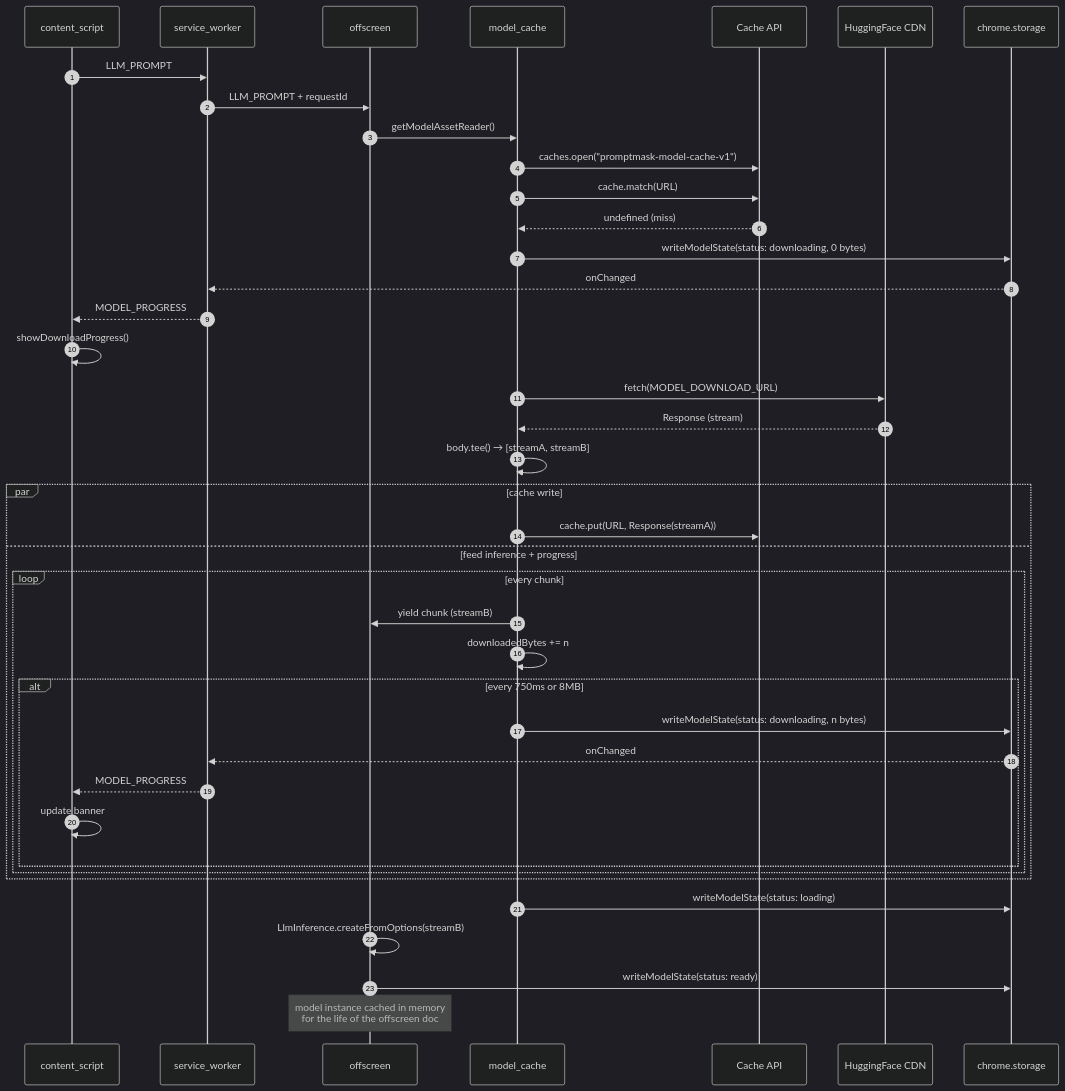
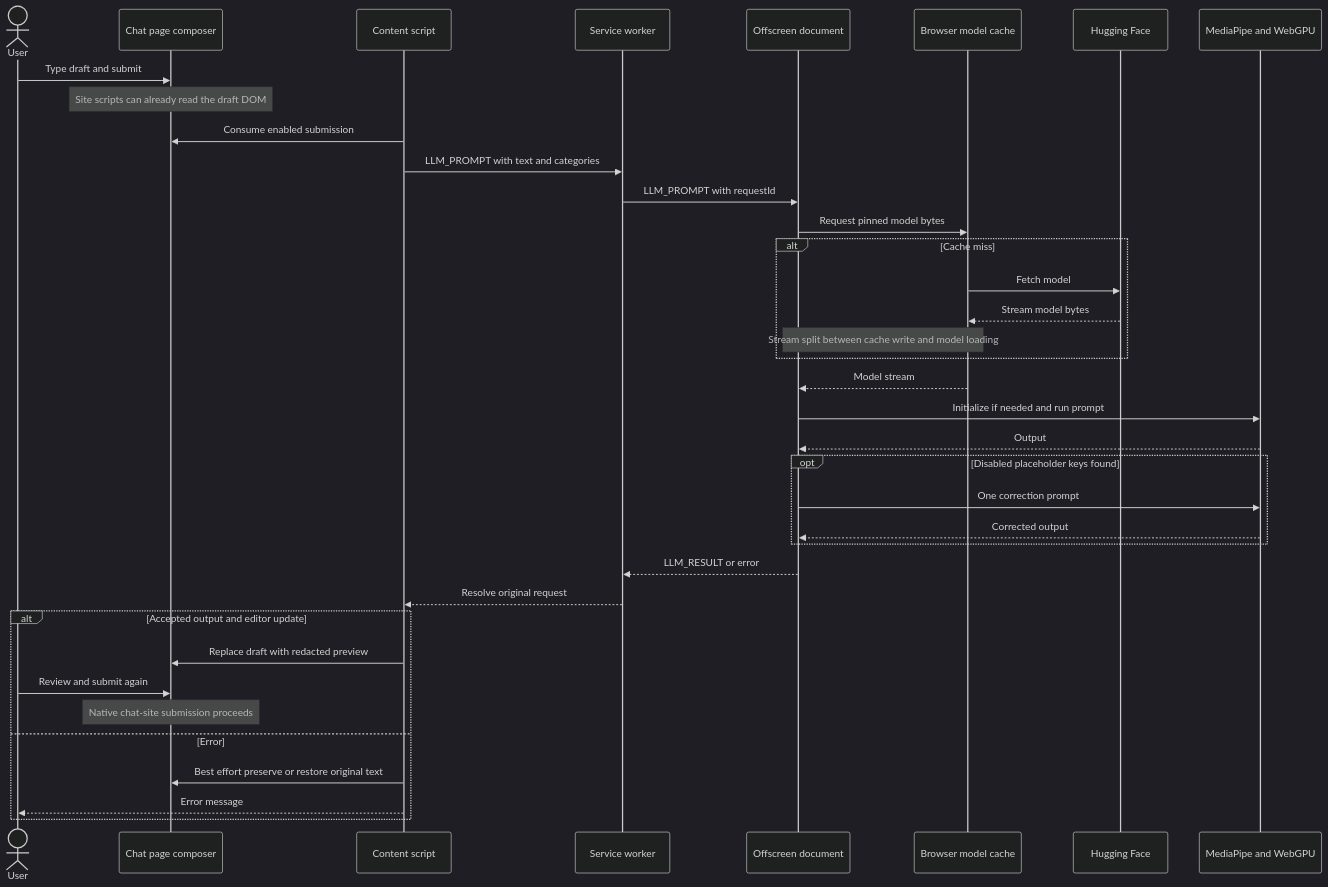
Before and after one commit to Team-AER/PromptMask: the diagram in docs/DATA_FLOW.md, drawn with Mermaid (dark theme). The commit also changed other lines of this file and 5 other files, not shown here.

````diff
--- a/docs/DATA_FLOW.md
+++ b/docs/DATA_FLOW.md
@@ -11,43 +5,39 @@
 ```mermaid
 sequenceDiagram
-    autonumber
-    participant CS as content_script
-    participant SW as service_worker
-    participant OS as offscreen
-    participant MC as model_cache
-    participant CA as Cache API
-    participant HF as HuggingFace CDN
-    participant ST as chrome.storage
-
-    CS->>SW: LLM_PROMPT
-    SW->>OS: LLM_PROMPT + requestId
-    OS->>MC: getModelAssetReader()
-    MC->>CA: caches.open("promptmask-model-cache-v1")
-    MC->>CA: cache.match(URL)
-    CA-->>MC: undefined (miss)
-    MC->>ST: writeModelState(status: downloading, 0 bytes)
-    ST-->>SW: onChanged
-    SW-->>CS: MODEL_PROGRESS
-    CS->>CS: showDownloadProgress()
-    MC->>HF: fetch(MODEL_DOWNLOAD_URL)
-    HF-->>MC: Response (stream)
-    MC->>MC: body.tee() → [streamA, streamB]
-    par cache write
-        MC->>CA: cache.put(URL, Response(streamA))
-    and feed inference + progress
-        loop every chunk
-            MC->>OS: yield chunk (streamB)
-            MC->>MC: downloadedBytes += n
-            alt every 750ms or 8MB
-                MC->>ST: writeModelState(status: downloading, n bytes)
-                ST-->>SW: onChanged
-                SW-->>CS: MODEL_PROGRESS
-                CS->>CS: update banner
-            end
-        end
+    actor User
+    participant Composer as Chat page composer
+    participant CS as Content script
+    participant SW as Service worker
+    participant OS as Offscreen document
+    participant Cache as Browser model cache
+    participant HF as Hugging Face
+    participant Model as MediaPipe and WebGPU
+    User->>Composer: Type draft and submit
+    Note over Composer: Site scripts can already read the draft DOM
+    CS->>Composer: Consume enabled submission
+    CS->>SW: LLM_PROMPT with text and categories
+    SW->>OS: LLM_PROMPT with requestId
+    OS->>Cache: Request pinned model bytes
+    alt Cache miss
+        Cache->>HF: Fetch model
+        HF-->>Cache: Stream model bytes
+        Note over Cache,OS: Stream split between cache write and model loading
     end
-    MC->>ST: writeModelState(status: loading)
-    OS->>OS: LlmInference.createFromOptions(streamB)
-    OS->>ST: writeModelState(status: ready)
-    Note over OS: model instance cached in memory<br/>for the life of the offscreen doc
+    Cache-->>OS: Model stream
+    OS->>Model: Initialize if needed and run prompt
+    Model-->>OS: Output
+    opt Disabled placeholder keys found
+        OS->>Model: One correction prompt
+        Model-->>OS: Corrected output
+    end
+    OS-->>SW: LLM_RESULT or error
+    SW-->>CS: Resolve original request
+    alt Accepted output and editor update
+        CS->>Composer: Replace draft with redacted preview
+        User->>Composer: Review and submit again
+        Note over Composer: Native chat-site submission proceeds
+    else Error
+        CS->>Composer: Best effort preserve or restore original text
+        CS-->>User: Error message
+    end
 ```
````
